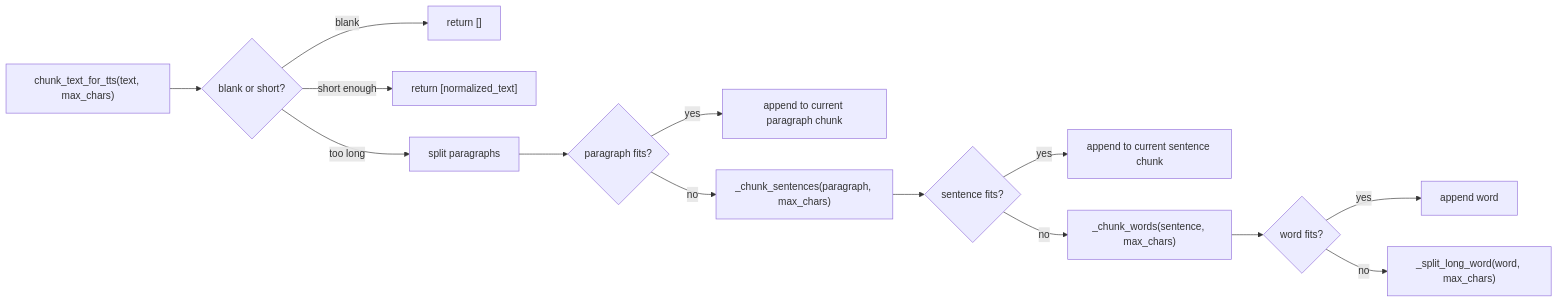
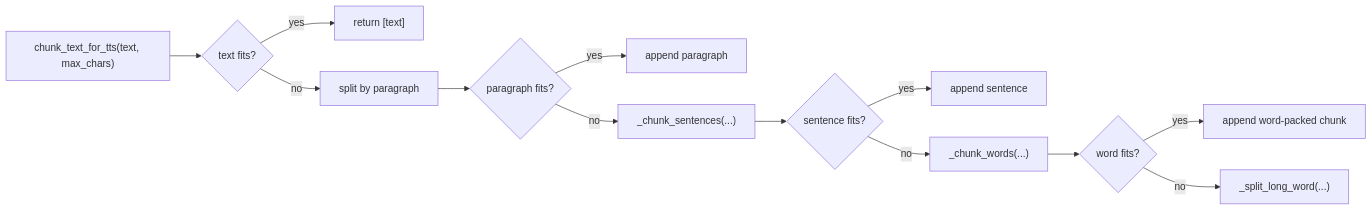
The sixth of 6 diagrams in WORKFLOWS.md (gaelic-ghost/speak-to-user), drawn with Mermaid before and after one commit. The commit also changed other lines of this file and 9 other files, not shown here.

Commit message:
Simplify speech pipeline and stdio flow

````diff
--- a/WORKFLOWS.md
+++ b/WORKFLOWS.md
@@ -300,16 +95,15 @@
 ```mermaid
 flowchart LR
-    A["chunk_text_for_tts(text, max_chars)"] --> B{"blank or short?"}
-    B -->|blank| C["return []"]
-    B -->|short enough| D["return [normalized_text]"]
-    B -->|too long| E["split paragraphs"]
-    E --> F{"paragraph fits?"}
-    F -->|yes| G["append to current paragraph chunk"]
-    F -->|no| H["_chunk_sentences(paragraph, max_chars)"]
-    H --> I{"sentence fits?"}
-    I -->|yes| J["append to current sentence chunk"]
-    I -->|no| K["_chunk_words(sentence, max_chars)"]
-    K --> L{"word fits?"}
-    L -->|yes| M["append word"]
-    L -->|no| N["_split_long_word(word, max_chars)"]
+    A["chunk_text_for_tts(text, max_chars)"] --> B{"text fits?"}
+    B -->|yes| C["return [text]"]
+    B -->|no| D["split by paragraph"]
+    D --> E{"paragraph fits?"}
+    E -->|yes| F["append paragraph"]
+    E -->|no| G["_chunk_sentences(...)"]
+    G --> H{"sentence fits?"}
+    H -->|yes| I["append sentence"]
+    H -->|no| J["_chunk_words(...)"]
+    J --> K{"word fits?"}
+    K -->|yes| L["append word-packed chunk"]
+    K -->|no| M["_split_long_word(...)"]
 ```
````
